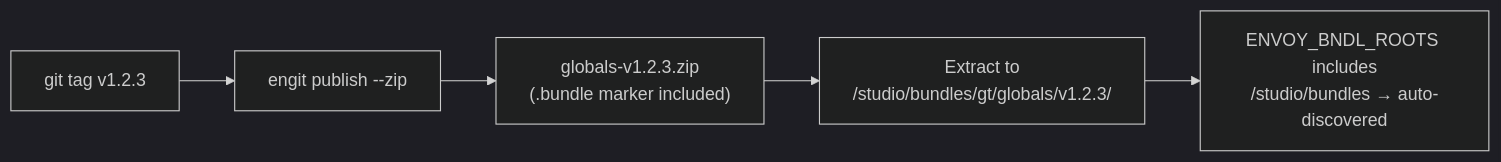
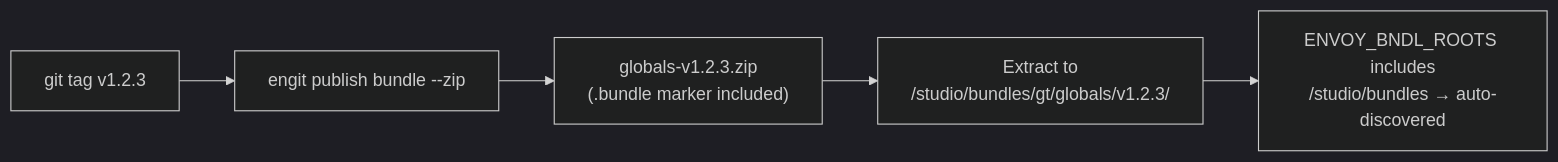
One commit to gtvfx-contrib/gt-envoy changed the third of 3 diagrams in docs/bundle-discovery.md. Above: the diagram before and after it, drawn with Mermaid (dark theme). The commit also changed 2 other files, not shown here.

````diff
--- a/docs/bundle-discovery.md
+++ b/docs/bundle-discovery.md
@@ -194,7 +194,7 @@
 ```mermaid
 flowchart LR
-    A[git tag v1.2.3] --> B[engit publish --zip]
+    A[git tag v1.2.3] --> B[engit publish bundle --zip]
     B --> C["globals-v1.2.3.zip\n(.bundle marker included)"]
     C --> D["Extract to\n/studio/bundles/gt/globals/v1.2.3/"]
     D --> E["ENVOY_BNDL_ROOTS includes\n/studio/bundles → auto-discovered"]
 ```
````
